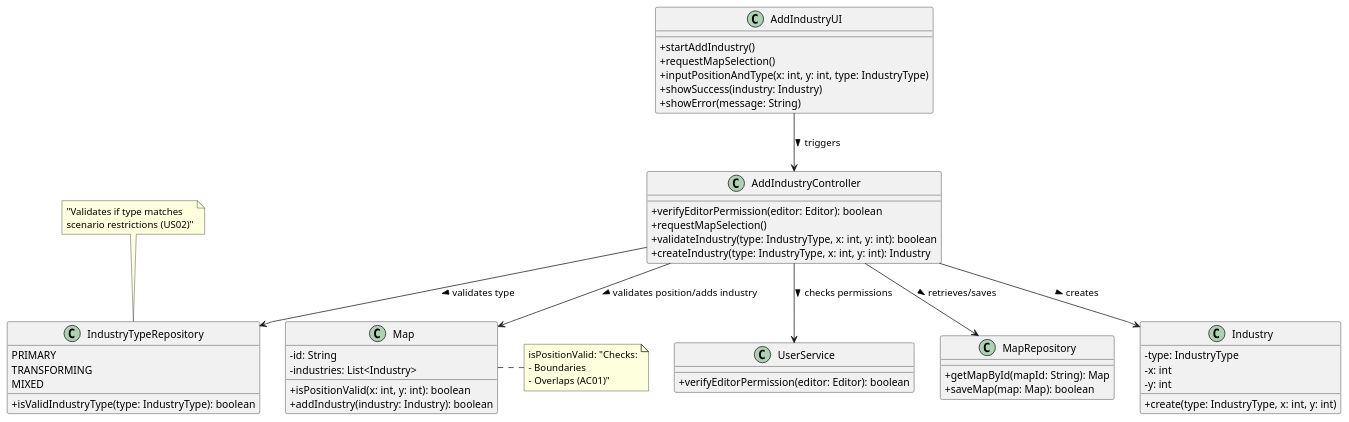
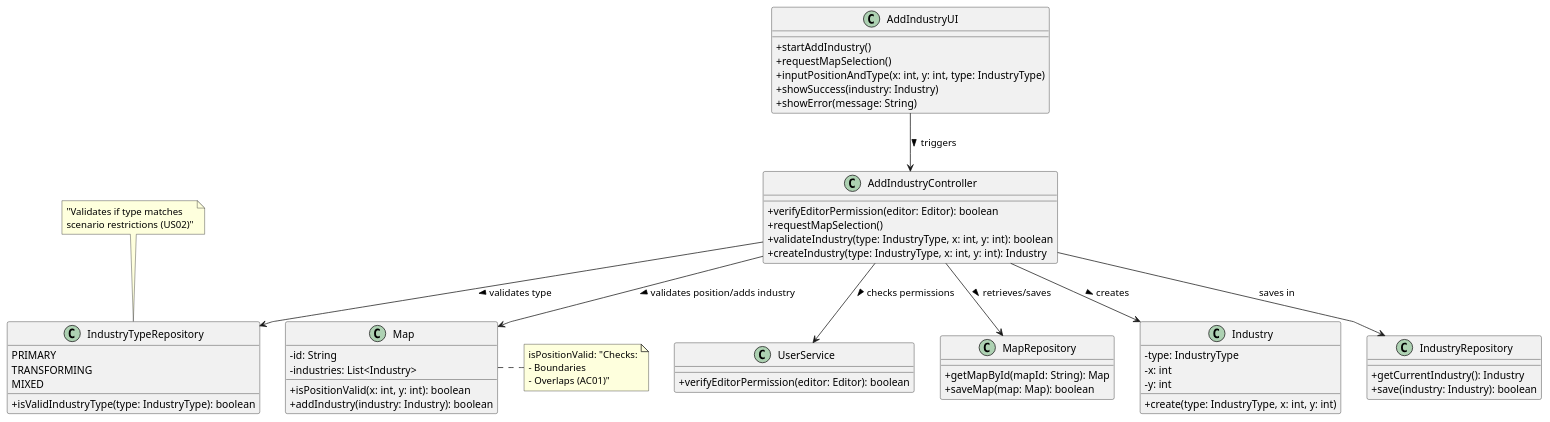
Before and after one commit to Andremonteiro1240850/railway_simulator: the diagram in docs/system-documentation/US02/03.design.us02/puml/US02-CD.puml, drawn with PlantUML. The commit also changed 1 other file, not shown here.

```diff
--- a/docs/system-documentation/US02/03.design.us02/puml/US02-CD.puml
+++ b/docs/system-documentation/US02/03.design.us02/puml/US02-CD.puml
@@ -1,66 +1,72 @@
 @startuml
 'https://plantuml.com/class-diagram
 
 skinparam packageStyle rectangle
 skinparam shadowing false
 skinparam linetype polyline
 skinparam classAttributeIconSize 0
 
 class AddIndustryUI {
   + startAddIndustry()
   + requestMapSelection()
   + inputPositionAndType(x: int, y: int, type: IndustryType)
   + showSuccess(industry: Industry)
   + showError(message: String)
 }
 
 class AddIndustryController {
   + verifyEditorPermission(editor: Editor): boolean
   + requestMapSelection()
   + validateIndustry(type: IndustryType, x: int, y: int): boolean
   + createIndustry(type: IndustryType, x: int, y: int): Industry
 }
 
 class UserService {
   + verifyEditorPermission(editor: Editor): boolean
 }
 
 class MapRepository {
   + getMapById(mapId: String): Map
   + saveMap(map: Map): boolean
 }
 
 class IndustryTypeRepository {
   + isValidIndustryType(type: IndustryType): boolean
    PRIMARY
    TRANSFORMING
    MIXED
 }
 
 class Map {
   - id: String
   - industries: List<Industry>
   + isPositionValid(x: int, y: int): boolean
   + addIndustry(industry: Industry): boolean
 }
 
 class Industry {
   - type: IndustryType
   - x: int
   - y: int
   + create(type: IndustryType, x: int, y: int)
 }
 
+class IndustryRepository {
+    + getCurrentIndustry(): Industry
+    + save(industry: Industry): boolean
+}
+
 
 ' Relationships
 AddIndustryUI --> AddIndustryController : triggers >
 AddIndustryController --> UserService : checks permissions >
 AddIndustryController --> MapRepository : retrieves/saves >
 AddIndustryController --> IndustryTypeRepository : validates type >
 AddIndustryController --> Map : validates position/adds industry >
 AddIndustryController --> Industry : creates >
+AddIndustryController --> IndustryRepository : saves in
 
 
 note top of IndustryTypeRepository: "Validates if type matches\nscenario restrictions (US02)"
 note right of Map :isPositionValid: "Checks:\n- Boundaries\n- Overlaps (AC01)"
 @enduml
```
